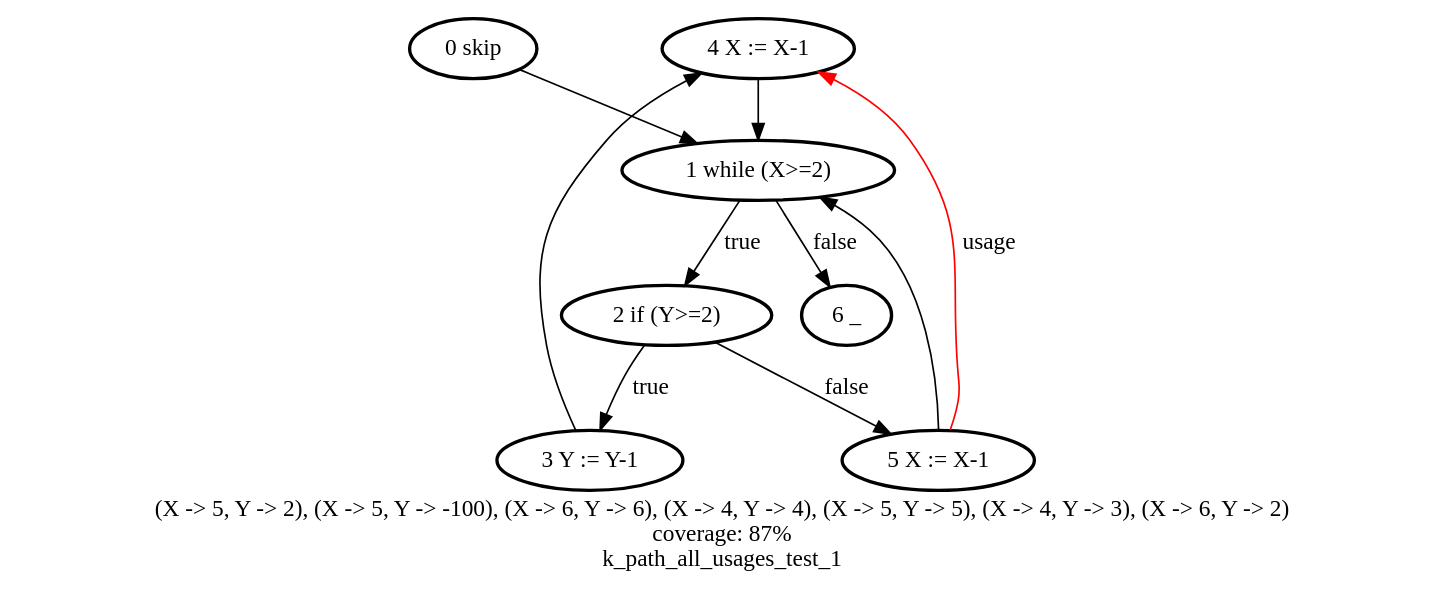
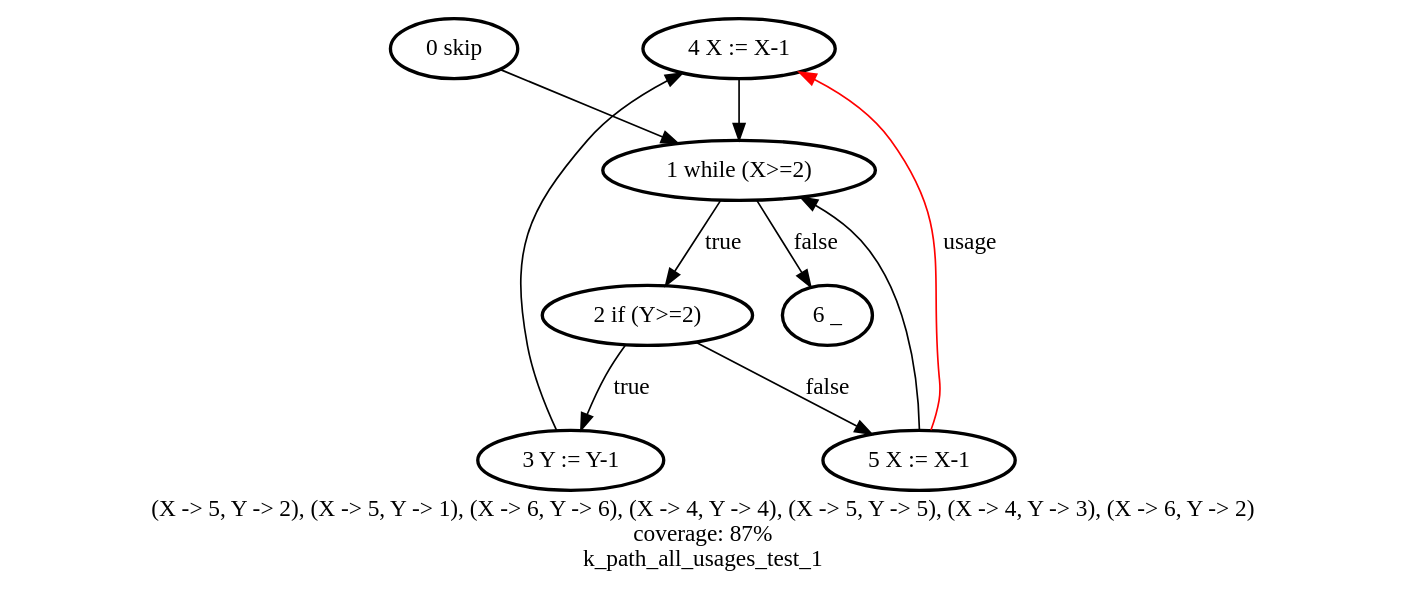
One commit to ghigi123/ivf changed the diagram in graphs/k_path_all_usages_test_1.dot. Above: the diagram before and after it, drawn with Graphviz. The commit also changed 1 other file, not shown here.

```diff
--- a/graphs/k_path_all_usages_test_1.dot
+++ b/graphs/k_path_all_usages_test_1.dot
@@ -1,21 +1,21 @@
 digraph k_path_all_usages_test_1 {
-	label = "(X -> 5, Y -> 2), (X -> 5, Y -> -100), (X -> 6, Y -> 6), (X -> 4, Y -> 4), (X -> 5, Y -> 5), (X -> 4, Y -> 3), (X -> 6, Y -> 2)
+	label = "(X -> 5, Y -> 2), (X -> 5, Y -> 1), (X -> 6, Y -> 6), (X -> 4, Y -> 4), (X -> 5, Y -> 5), (X -> 4, Y -> 3), (X -> 6, Y -> 2)
 coverage: 87%
 k_path_all_usages_test_1"
 	"4 X := X-1" -> "1 while (X>=2)"
 	"2 if (Y>=2)" -> "5 X := X-1" [label = false]
 	"1 while (X>=2)" -> "2 if (Y>=2)" [label = true]
 	"4 X := X-1" [style = bold]
 	"2 if (Y>=2)" -> "3 Y := Y-1" [label = true]
 	"3 Y := Y-1" [style = bold]
 	"5 X := X-1" -> "1 while (X>=2)"
 	"3 Y := Y-1" -> "4 X := X-1"
 	"5 X := X-1" [style = bold]
 	"2 if (Y>=2)" [style = bold]
 	"6 _" [style = bold]
 	"1 while (X>=2)" [style = bold]
 	"0 skip" [style = bold]
 	"0 skip" -> "1 while (X>=2)"
 	"1 while (X>=2)" -> "6 _" [label = false]
 	"5 X := X-1" -> "4 X := X-1" [label = usage, color = red]
 }
```
